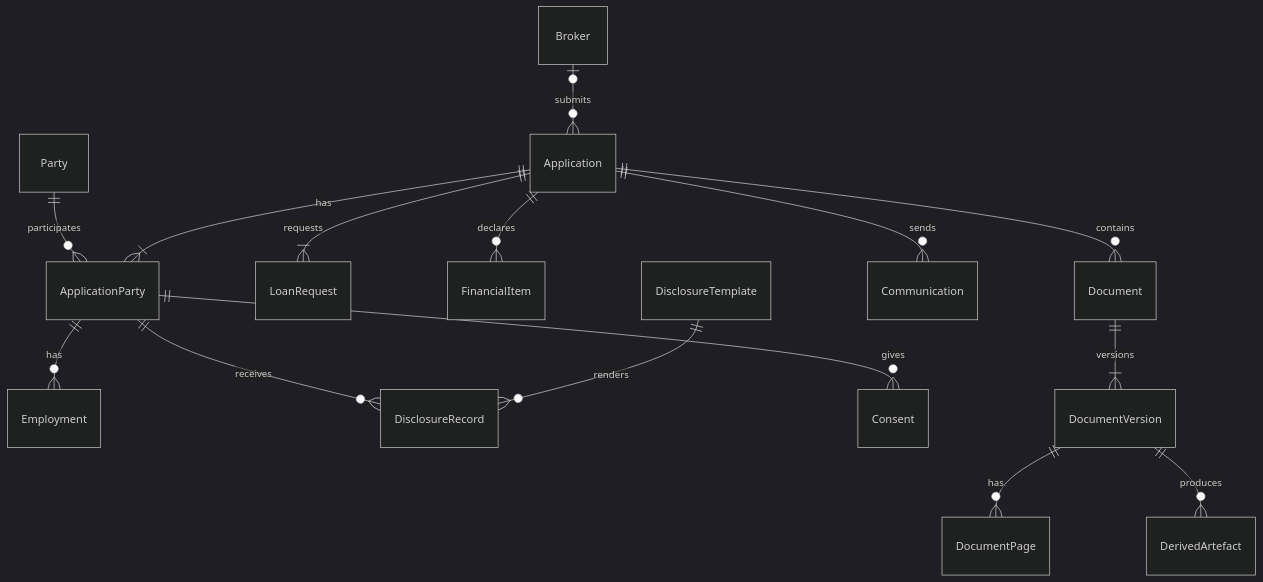
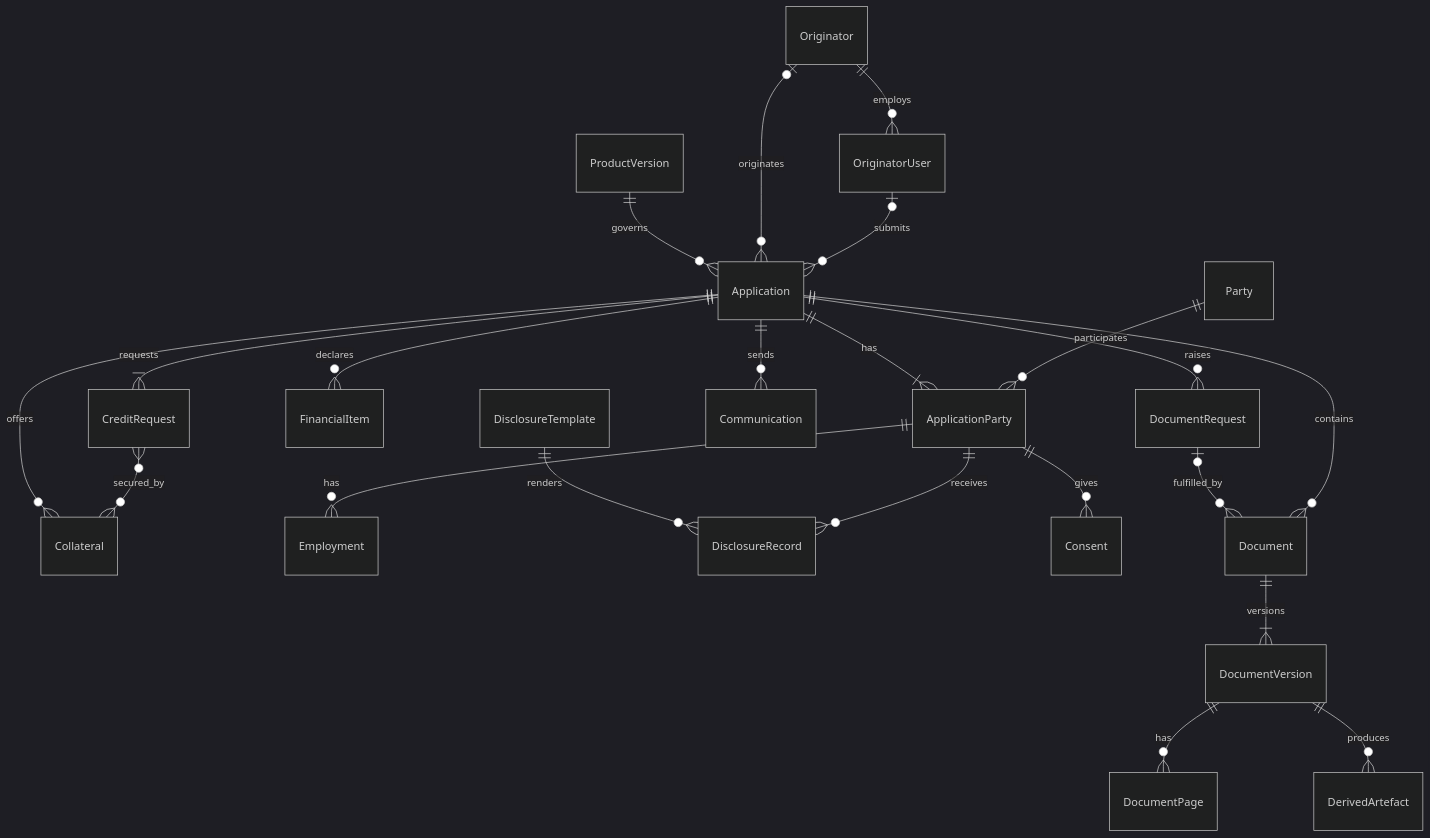
The first of 10 diagrams in DOMAIN_MODEL.md (pradeepmittal04/creditmAIte), drawn with Mermaid (dark theme) before and after one commit. The commit also changed other lines of this file and 19 other files, not shown here.

````diff
--- a/DOMAIN_MODEL.md
+++ b/DOMAIN_MODEL.md
@@ -61,17 +66,24 @@
 ```mermaid
 erDiagram
+  ProductVersion ||--o{ Application : governs
+  Originator ||--o{ OriginatorUser : employs
+  Originator |o--o{ Application : originates
+  OriginatorUser |o--o{ Application : submits
   Application ||--|{ ApplicationParty : has
   Party ||--o{ ApplicationParty : participates
-  Broker |o--o{ Application : submits
-  Application ||--|{ LoanRequest : requests
+  Application ||--|{ CreditRequest : requests
+  Application ||--o{ Collateral : offers
+  CreditRequest }o--o{ Collateral : secured_by
   Application ||--o{ FinancialItem : declares
   ApplicationParty ||--o{ Employment : has
   DisclosureTemplate ||--o{ DisclosureRecord : renders
   ApplicationParty ||--o{ DisclosureRecord : receives
   ApplicationParty ||--o{ Consent : gives
   Application ||--o{ Communication : sends
+  Application ||--o{ DocumentRequest : raises
+  DocumentRequest |o--o{ Document : fulfilled_by
   Application ||--o{ Document : contains
   Document ||--|{ DocumentVersion : versions
   DocumentVersion ||--o{ DocumentPage : has
   DocumentVersion ||--o{ DerivedArtefact : produces
 ```
````
